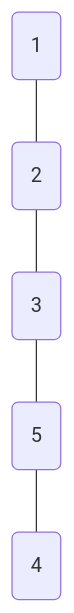
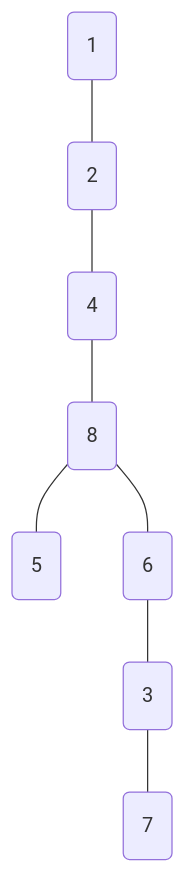
One commit to Austin1153/DSA changed the diagram in HW02_DSA(2)/DFS.md. Above: the diagram before and after it, drawn with Mermaid. The commit also changed other lines of this file and 9 other files, not shown here.

````diff
--- a/HW02_DSA(2)/DFS.md
+++ b/HW02_DSA(2)/DFS.md
@@ -2,12 +2,18 @@
 ```mermaid
  graph TD
 	A1(1)
 	A2(2)
 	A3(3)
 	A4(4)
 	A5(5)
+	A6(6)
+	A7(7)
+	A8(8)
 	A1 --- A2
-	A2 --- A3
-	A3 --- A5
-	A5 --- A4
+	A2 --- A4
+	A4 --- A8
+	A8 --- A5
+	A8 --- A6
+	A6 --- A3
+	A3 --- A7
 ```
````
